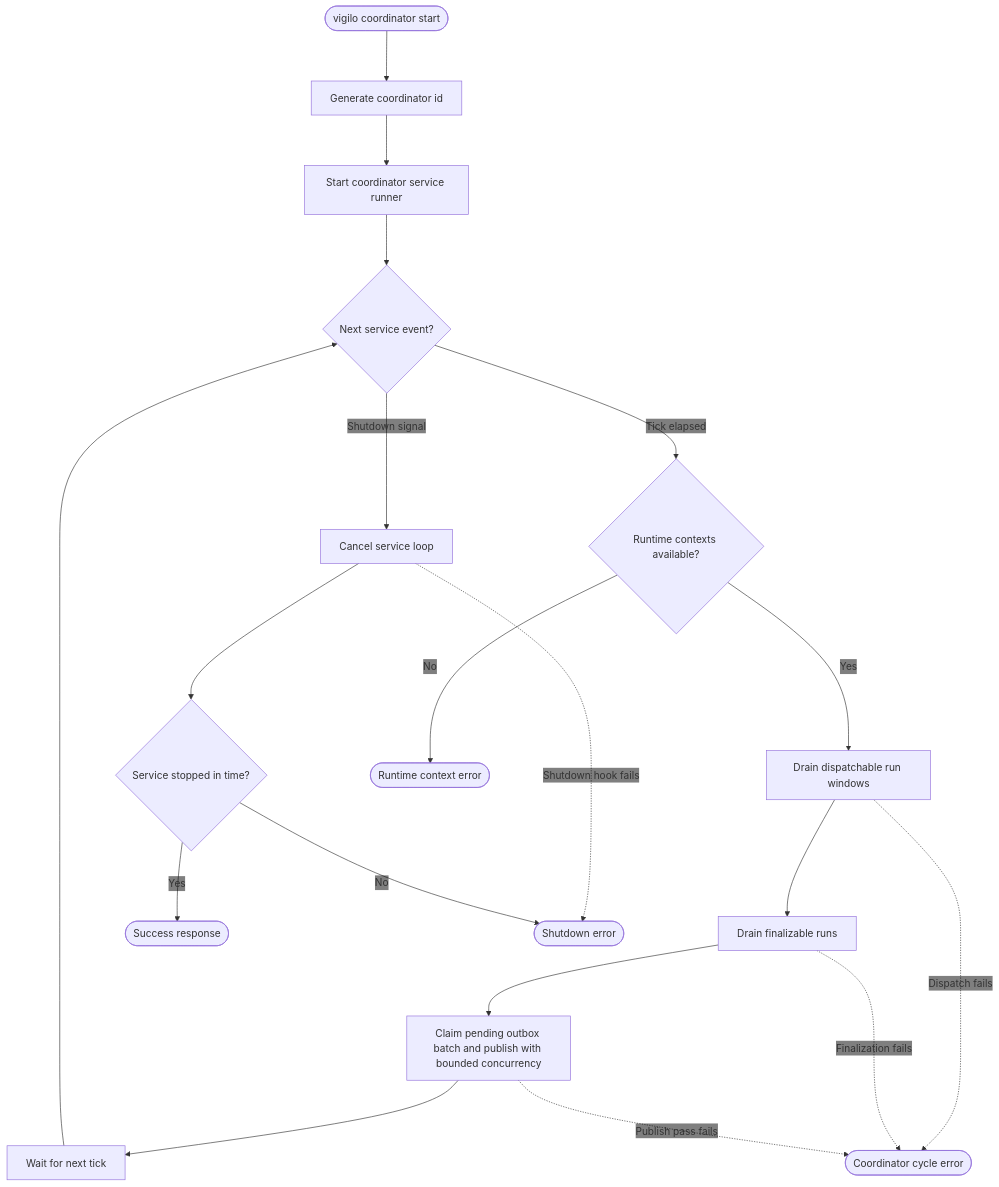
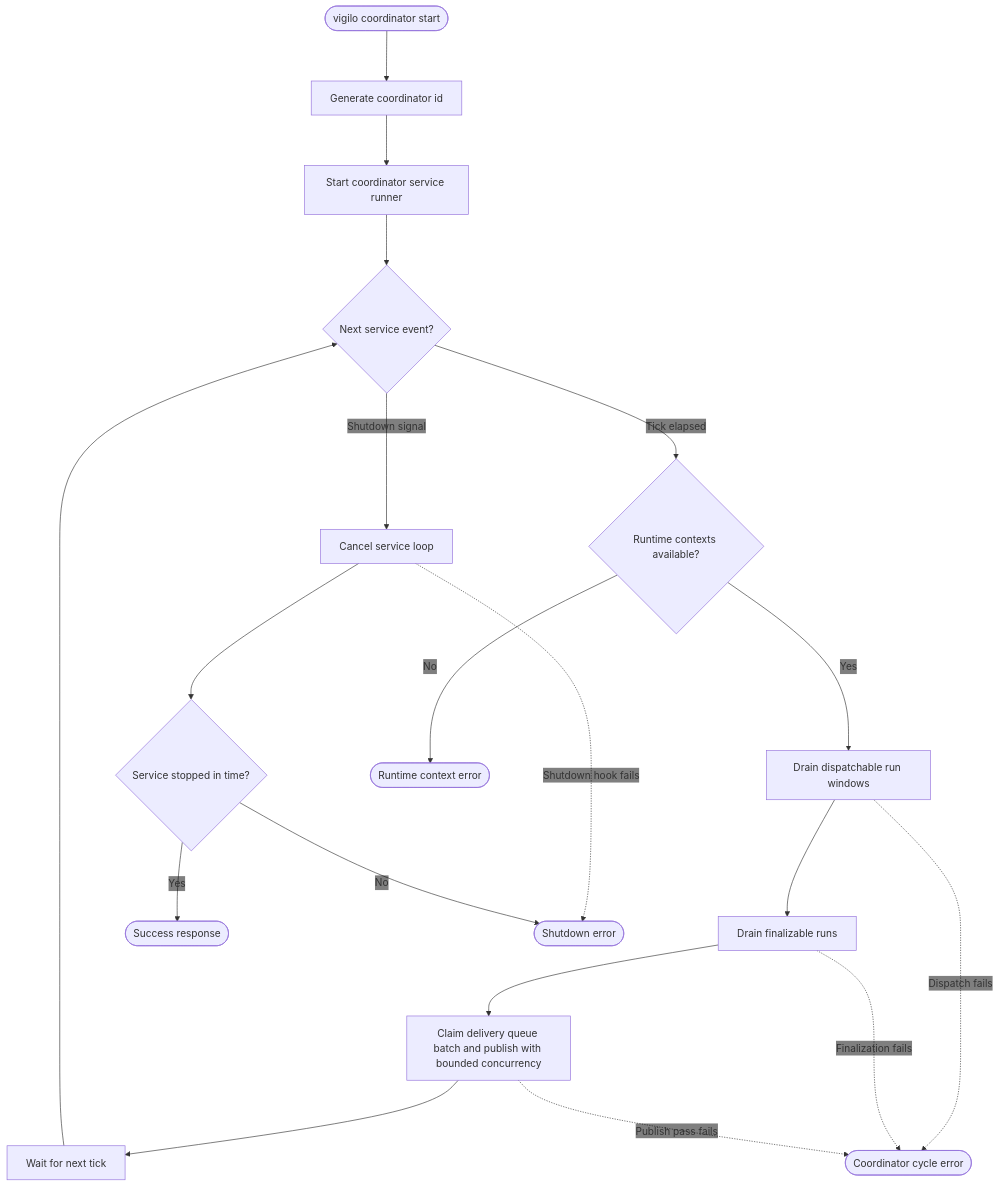
The diagram in web/docs/architecture/flows/coordinator/start/decision-flow.mmd (gregl83/agent-vigilo), drawn with Mermaid before and after one commit. The commit also changed 18 other files, not shown here.

First line of the commit message:
update event outbox to use archive and queue table

```diff
--- a/web/docs/architecture/flows/coordinator/start/decision-flow.mmd
+++ b/web/docs/architecture/flows/coordinator/start/decision-flow.mmd
@@ -1,59 +1,59 @@
 ---
 config:
   flowchart:
     nodeSpacing: 150
     rankSpacing: 80
   themeVariables:
     edgeLabelBackground: 'transparent'
 ---
 flowchart TD
     Start([vigilo coordinator start])
 
     CoordinatorId[Generate coordinator id]
     Runner[Start coordinator service runner]
     Event{Next service event?}
     Contexts{Runtime contexts available?}
     Dispatch[Drain dispatchable run windows]
     Finalize[Drain finalizable runs]
-    Outbox[Claim pending outbox batch and publish with bounded concurrency]
+    Outbox[Claim delivery queue batch and publish with bounded concurrency]
     Wait[Wait for next tick]
     Shutdown[Cancel service loop]
     Stop{Service stopped in time?}
 
     Success([Success response])
 
     ContextFail([Runtime context error])
     CycleFail([Coordinator cycle error])
     ShutdownFail([Shutdown error])
 
     Start --> CoordinatorId
     CoordinatorId --> Runner
     Runner --> Event
 
     Event -- Tick elapsed --> Contexts
     Event -- Shutdown signal --> Shutdown
 
     Contexts -- No --> ContextFail
     Contexts -- Yes --> Dispatch
 
     Dispatch --> Finalize
     Dispatch -. Dispatch fails .-> CycleFail
 
     Finalize --> Outbox
     Finalize -. Finalization fails .-> CycleFail
 
     Outbox --> Wait
     Outbox -. Publish pass fails .-> CycleFail
 
     Wait --> Event
 
     Shutdown --> Stop
     Shutdown -. Shutdown hook fails .-> ShutdownFail
 
     Stop -- Yes --> Success
     Stop -- No --> ShutdownFail
 
     class Start command
     class Success success
     class CoordinatorId,Runner,Event,Contexts,Dispatch,Finalize,Outbox,Wait,Shutdown,Stop system
     class ContextFail,CycleFail,ShutdownFail error
```
